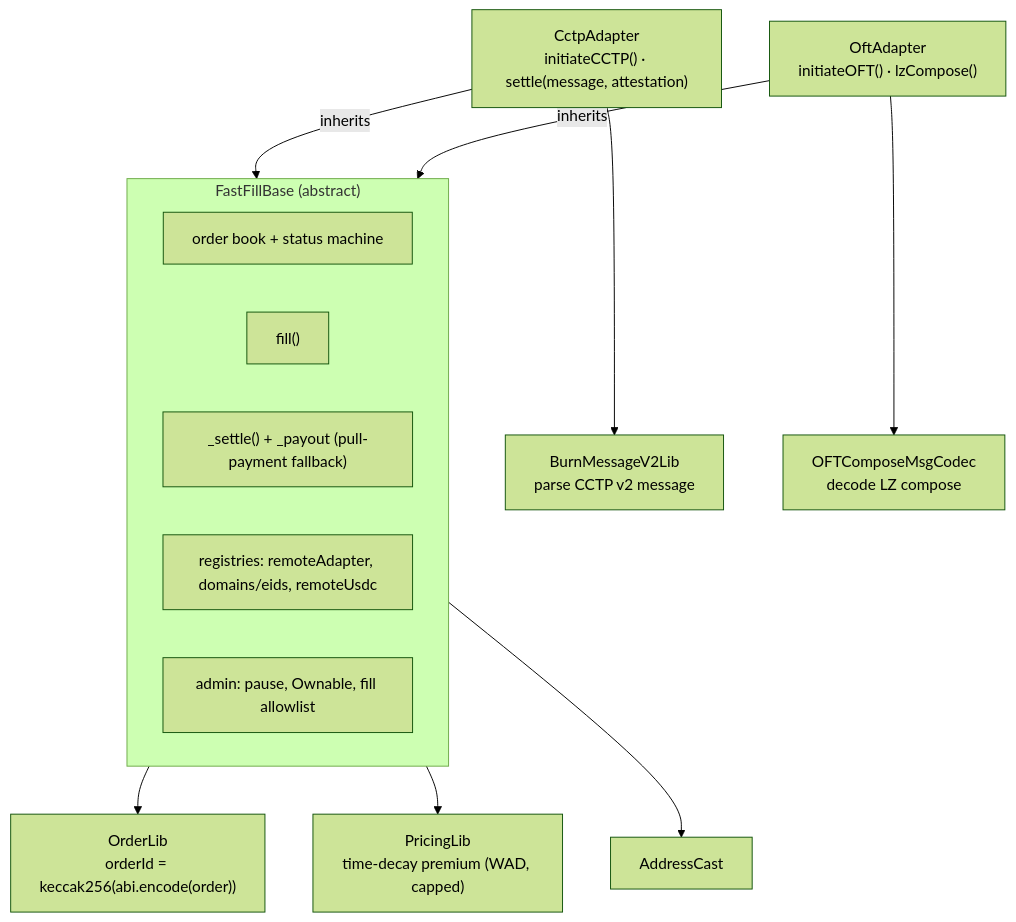
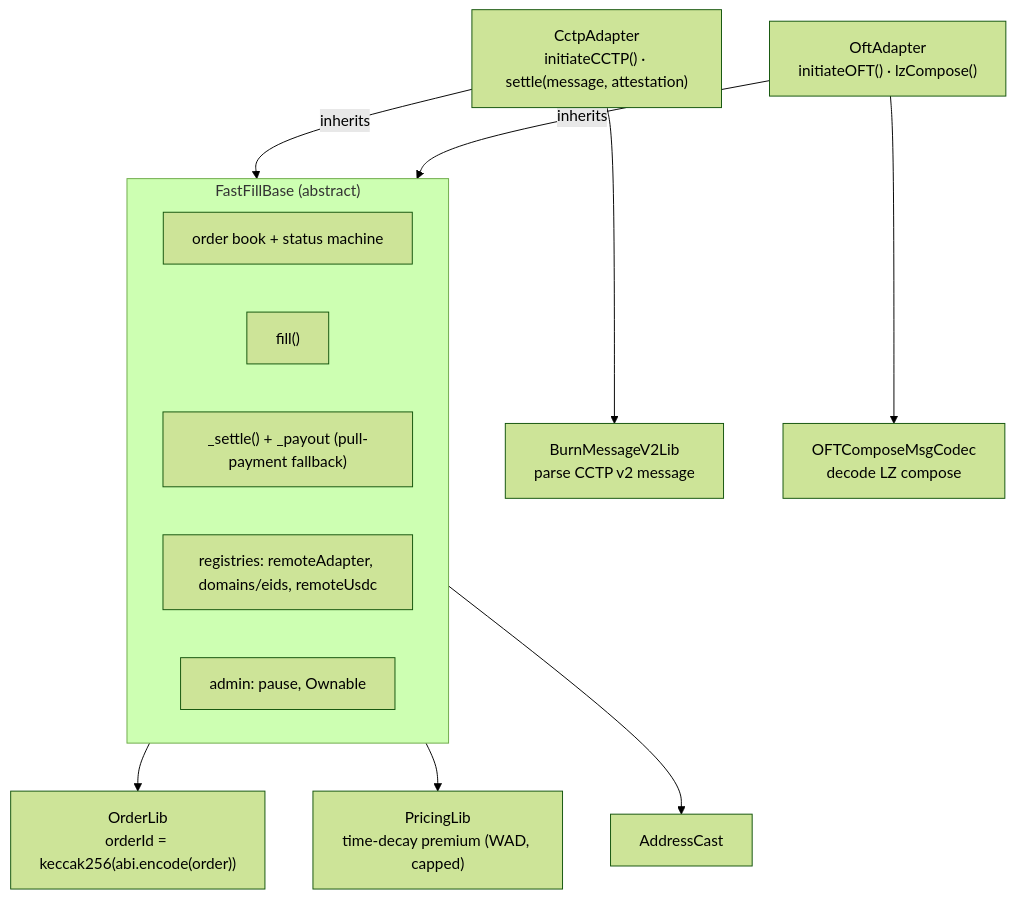
Before and after one commit to KaiCode2/fast-fill: the first of 7 diagrams in docs/ARCHITECTURE.md, drawn with Mermaid (forest theme). The commit also changed other lines of this file and 3 other files, not shown here.

````diff
--- a/docs/ARCHITECTURE.md
+++ b/docs/ARCHITECTURE.md
@@ -19,28 +19,28 @@
 ```mermaid
 flowchart TB
     subgraph BASE["FastFillBase (abstract)"]
         OB["order book + status machine"]
         FILL["fill()"]
         SET["_settle() + _payout (pull-payment fallback)"]
         REG["registries: remoteAdapter, domains/eids, remoteUsdc"]
-        ADM["admin: pause, Ownable, fill allowlist"]
+        ADM["admin: pause, Ownable"]
     end
 
     CA["CctpAdapter<br/>initiateCCTP() · settle(message, attestation)"]
     OA["OftAdapter<br/>initiateOFT() · lzCompose()"]
 
     CA -- inherits --> BASE
     OA -- inherits --> BASE
 
     OL["OrderLib<br/>orderId = keccak256(abi.encode(order))"]
     PL["PricingLib<br/>time-decay premium (WAD, capped)"]
     BL["BurnMessageV2Lib<br/>parse CCTP v2 message"]
     CC["OFTComposeMsgCodec<br/>decode LZ compose"]
     AC["AddressCast"]
 
     BASE --> OL
     BASE --> PL
     BASE --> AC
     CA --> BL
     OA --> CC
 ```
````
